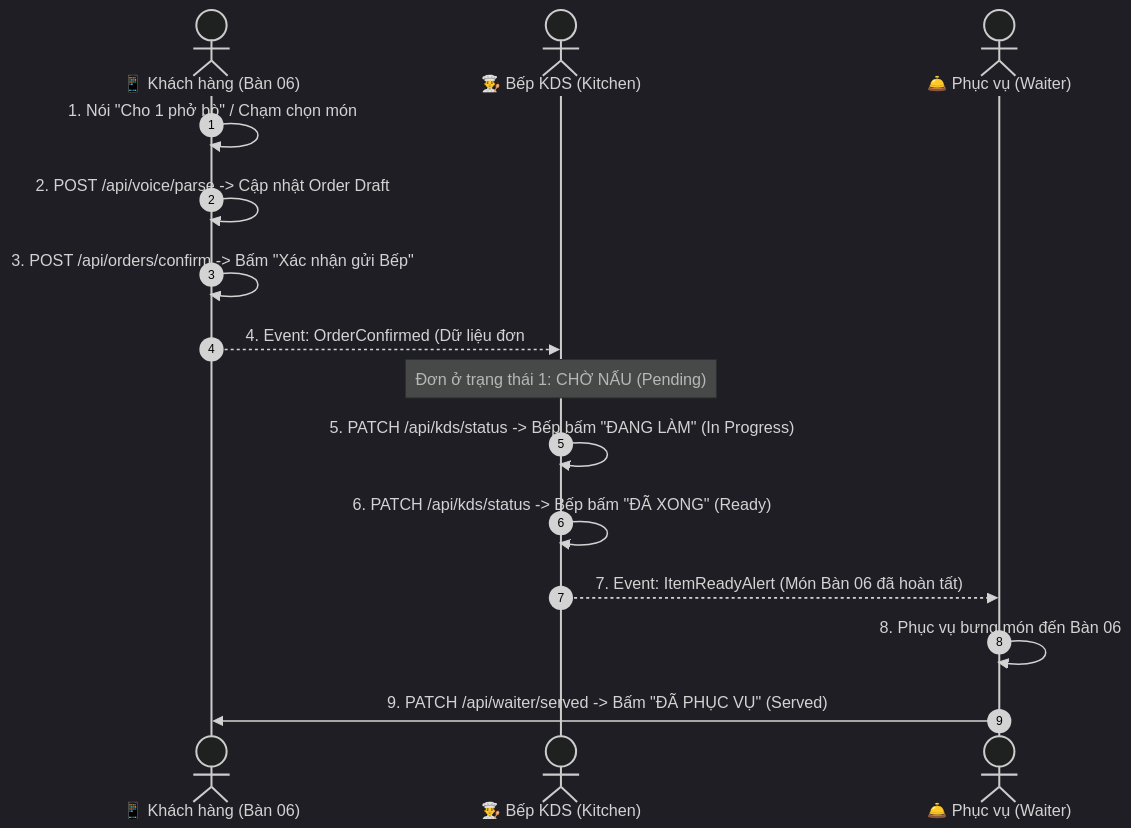
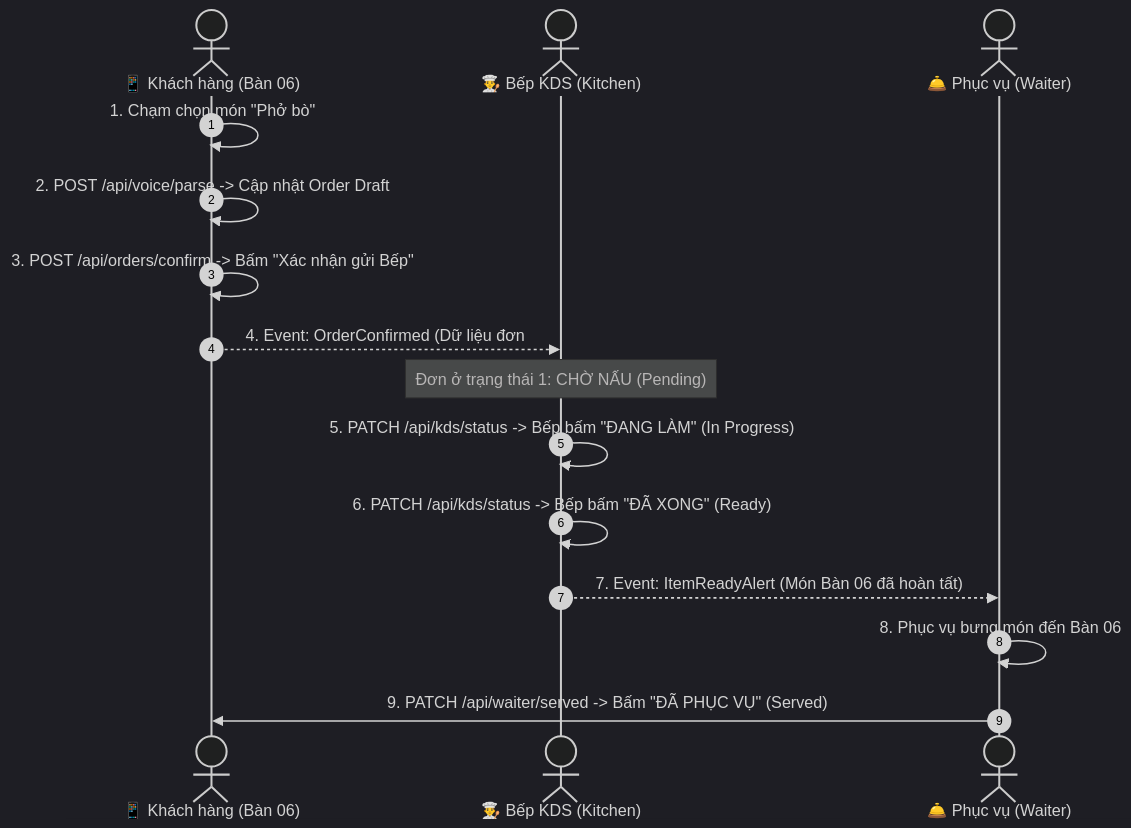
Before and after one commit to NhanLe134/group-06-project: the second of 2 diagrams in docs/05-Design/screen-flow.md, drawn with Mermaid (dark theme). The commit also changed other lines of this file and 19 other files, not shown here.

````diff
--- a/docs/05-Design/screen-flow.md
+++ b/docs/05-Design/screen-flow.md
@@ -79,20 +62,20 @@
 ```mermaid
 sequenceDiagram
     autonumber
     actor Customer as 📱 Khách hàng (Bàn 06)
     actor Kitchen as 👨‍🍳 Bếp KDS (Kitchen)
     actor Waiter as 🛎️ Phục vụ (Waiter)
 
-    Customer->>Customer: 1. Nói "Cho 1 phở bò" / Chạm chọn món
+    Customer->>Customer: 1. Chạm chọn món "Phở bò"
     Customer->>Customer: 2. POST /api/voice/parse -> Cập nhật Order Draft
     Customer->>Customer: 3. POST /api/orders/confirm -> Bấm "Xác nhận gửi Bếp"
     Customer-->>Kitchen: 4. Event: OrderConfirmed (Dữ liệu đơn #B06-001)
     
     Note over Kitchen: Đơn ở trạng thái 1: CHỜ NẤU (Pending)
     Kitchen->>Kitchen: 5. PATCH /api/kds/status -> Bếp bấm "ĐANG LÀM" (In Progress)
     Kitchen->>Kitchen: 6. PATCH /api/kds/status -> Bếp bấm "ĐÃ XONG" (Ready)
     
     Kitchen-->>Waiter: 7. Event: ItemReadyAlert (Món Bàn 06 đã hoàn tất)
     Waiter->>Waiter: 8. Phục vụ bưng món đến Bàn 06
     Waiter->>Customer: 9. PATCH /api/waiter/served -> Bấm "ĐÃ PHỤC VỤ" (Served)
 ```
````
